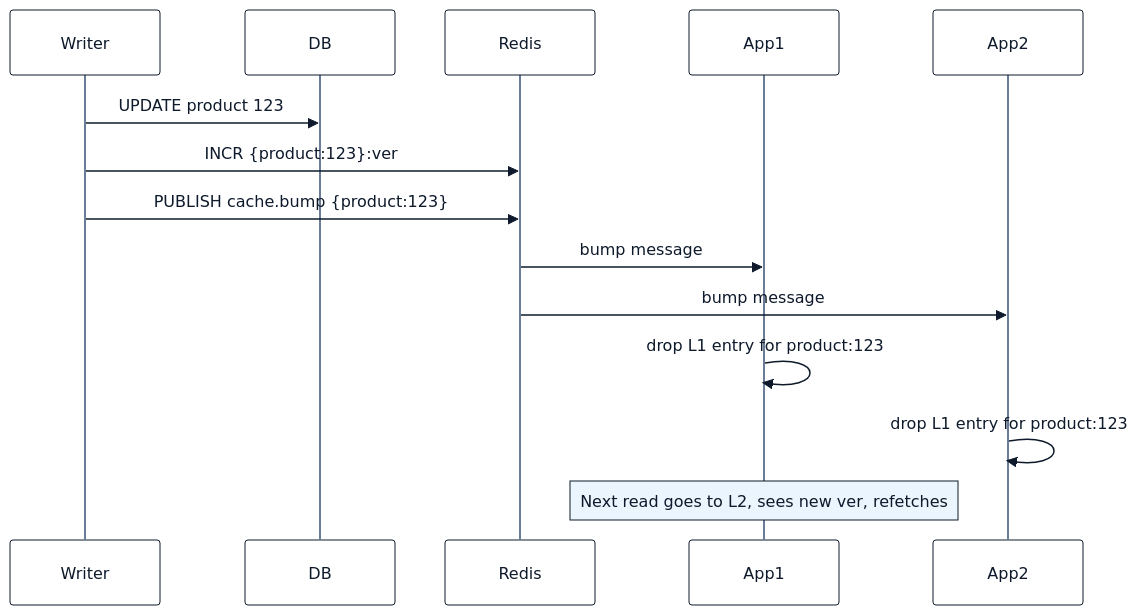
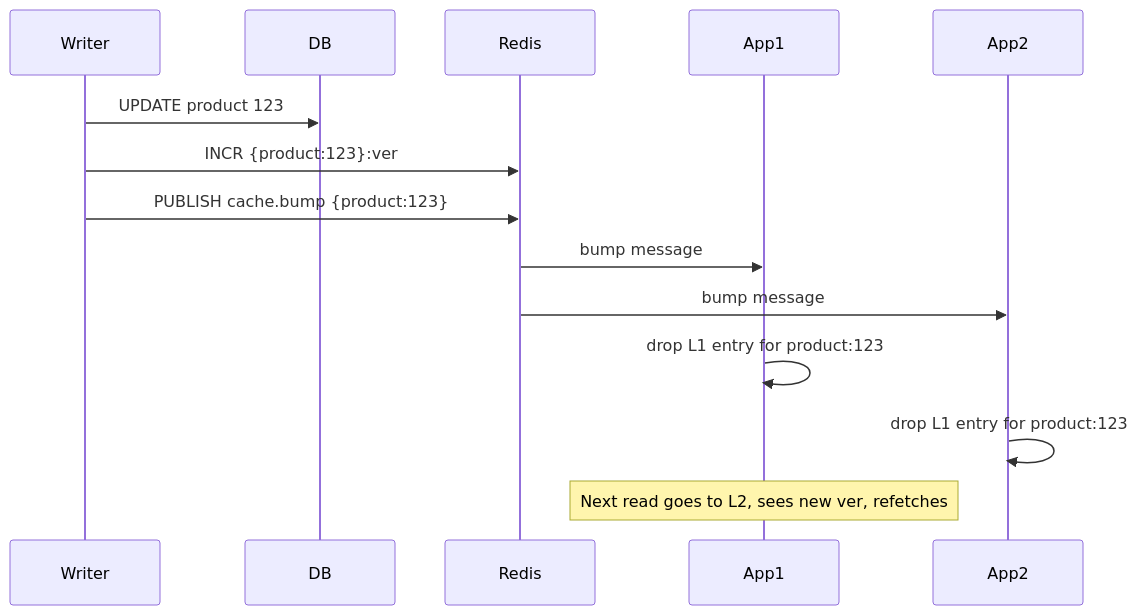
One commit to cartmancodes/InterviewVault changed diagram 13 of 13 in LLD/CoreConcepts/Redis.md. Above: the diagram before and after it, drawn with Mermaid. The commit also changed other lines of this file and 679 other files, not shown here.

Commit message:
Unify content diagrams and add accessible visual walkthroughs

````diff
--- a/LLD/CoreConcepts/Redis.md
+++ b/LLD/CoreConcepts/Redis.md
@@ -951,37 +759,17 @@
 ```mermaid
----
-config:
-  look: handDrawn
-  handDrawnSeed: 7
-  theme: base
-  themeVariables:
-    primaryColor: "#FFFFFF"
-    primaryBorderColor: "#0E1A2B"
-    primaryTextColor: "#0E1A2B"
-    lineColor: "#0E1A2B"
-    actorBkg: "#FFFFFF"
-    actorBorder: "#0E1A2B"
-    actorTextColor: "#0E1A2B"
-    actorLineColor: "#6B7C96"
-    signalColor: "#0E1A2B"
-    signalTextColor: "#0E1A2B"
-    noteBkgColor: "#EAF5FD"
-    noteBorderColor: "#0E1A2B"
-    noteTextColor: "#0E1A2B"
----
 sequenceDiagram
     participant Writer
     participant DB
     participant R as Redis
     participant App1
     participant App2
 
     Writer->>DB: UPDATE product 123
     Writer->>R: INCR {product:123}:ver
     Writer->>R: PUBLISH cache.bump {product:123}
     R->>App1: bump message
     R->>App2: bump message
     App1->>App1: drop L1 entry for product:123
     App2->>App2: drop L1 entry for product:123
     Note over App1: Next read goes to L2, sees new ver, refetches
 ```
````
